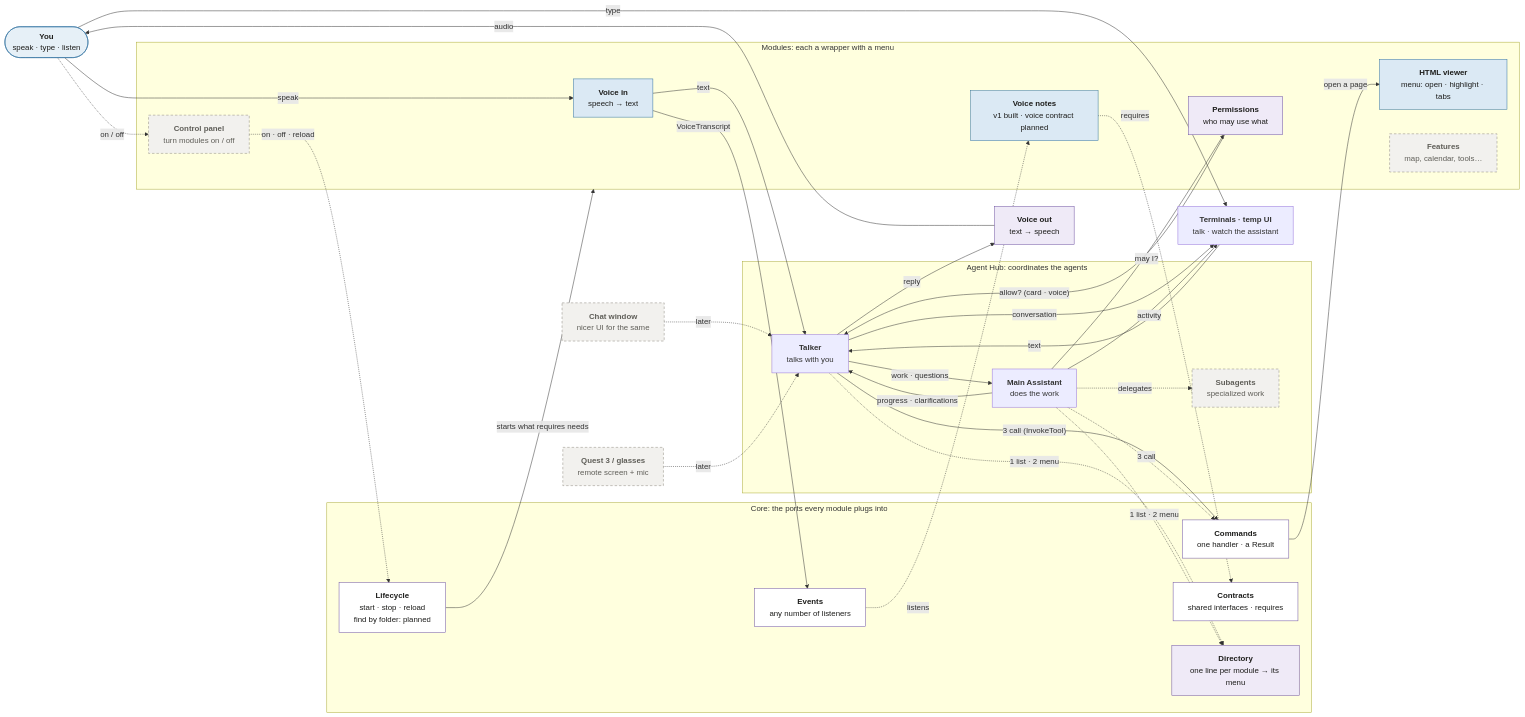
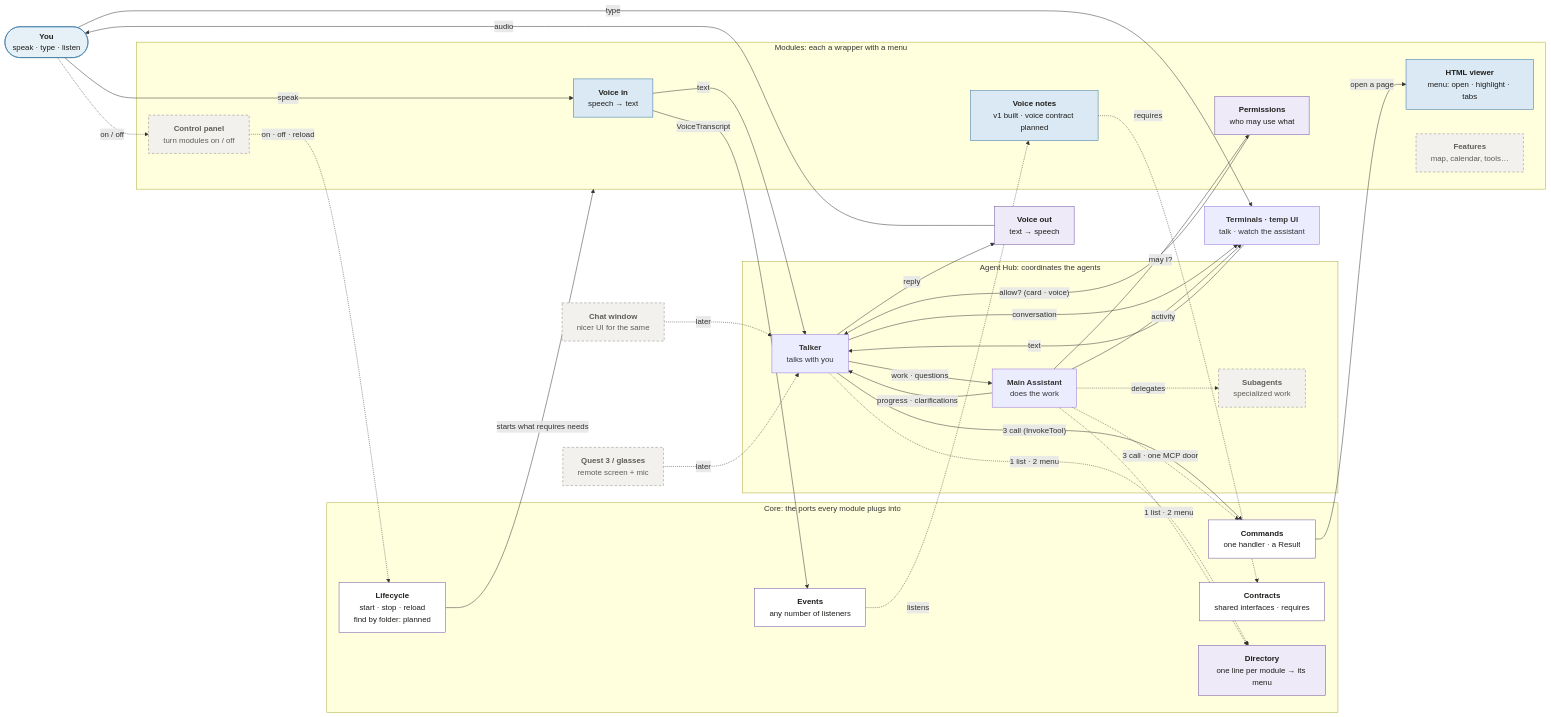
The diagram in docs/architecture/README.md (sharramon/AI_Assistant), drawn with Mermaid before and after one commit. The commit also changed other lines of this file and 74 other files, not shown here.

````diff
--- a/docs/architecture/README.md
+++ b/docs/architecture/README.md
@@ -9,69 +9,69 @@
 ```mermaid
 flowchart LR
     You(["<b>You</b><br/>speak · type · listen"])
     Term["<b>Terminals · temp UI</b><br/>talk · watch the assistant"]
     Window["<b>Chat window</b><br/>nicer UI for the same"]
     Quest["<b>Quest 3 / glasses</b><br/>remote screen + mic"]
     VoiceOut["<b>Voice out</b><br/>text → speech"]
 
     subgraph Hub["Agent Hub: coordinates the agents"]
         Talker["<b>Talker</b><br/>talks with you"]
         Main["<b>Main Assistant</b><br/>does the work"]
         Subs["<b>Subagents</b><br/>specialized work"]
         Talker -- work · questions --> Main
         Main -- progress · clarifications --> Talker
         Main -. delegates .-> Subs
     end
 
     subgraph Core["Core: the ports every module plugs into"]
         Life["<b>Lifecycle</b><br/>start · stop · reload<br/>find by folder: planned"]
         Cmds["<b>Commands</b><br/>one handler · a Result"]
         Events["<b>Events</b><br/>any number of listeners"]
         Contracts["<b>Contracts</b><br/>shared interfaces · requires"]
         Dir["<b>Directory</b><br/>one line per module → its menu"]
     end
 
     subgraph Mods["Modules: each a wrapper with a menu"]
         VoiceIn["<b>Voice in</b><br/>speech → text"]
         Viewer["<b>HTML viewer</b><br/>menu: open · highlight · tabs"]
         Notes["<b>Voice notes</b><br/>v1 built · voice contract planned"]
         Perms["<b>Permissions</b><br/>who may use what"]
         Control["<b>Control panel</b><br/>turn modules on / off"]
         Features["<b>Features</b><br/>map, calendar, tools…"]
     end
 
     You -- speak --> VoiceIn
     You -- type --> Term
     VoiceIn -- text --> Talker
     Term -- text --> Talker
     Talker -- conversation --> Term
     Main -- activity --> Term
     Talker -- reply --> VoiceOut
     VoiceOut -- audio --> You
     Window -. later .-> Talker
     Quest -. later .-> Talker
     Talker -. "1 list · 2 menu" .-> Dir
     Main -. "1 list · 2 menu" .-> Dir
     Talker -- "3 call (InvokeTool)" --> Cmds
-    Main -. "3 call" .-> Cmds
+    Main -. "3 call · one MCP door" .-> Cmds
     Cmds -- "open a page" --> Viewer
     VoiceIn -- VoiceTranscript --> Events
     Events -. listens .-> Notes
     Notes -. requires .-> Contracts
     Main -- "may I?" --> Perms
     Perms -- "allow? (card · voice)" --> Talker
     You -. on / off .-> Control
     Control -. "on · off · reload" .-> Life
     Life -- "starts what requires needs" --> Mods
 
     classDef planned fill:#efeaf7,stroke:#6b4fa0,color:#1d1d1b
     classDef person fill:#e6f0f7,stroke:#2f6f9f,color:#1d1d1b
     classDef later fill:#f2f1ee,stroke:#8a877c,stroke-dasharray:5 4,color:#5f5e58
     classDef port fill:#ffffff,stroke:#6b4fa0,color:#1d1d1b
     classDef module fill:#dbe9f4,stroke:#2f6f9f,color:#1d1d1b
     class Life,Cmds,Events,Contracts port
     class VoiceIn,Viewer,Notes module
     class VoiceOut,Perms,Dir planned
     class You person
     class Window,Quest,Subs,Control,Features later
 ```
````
